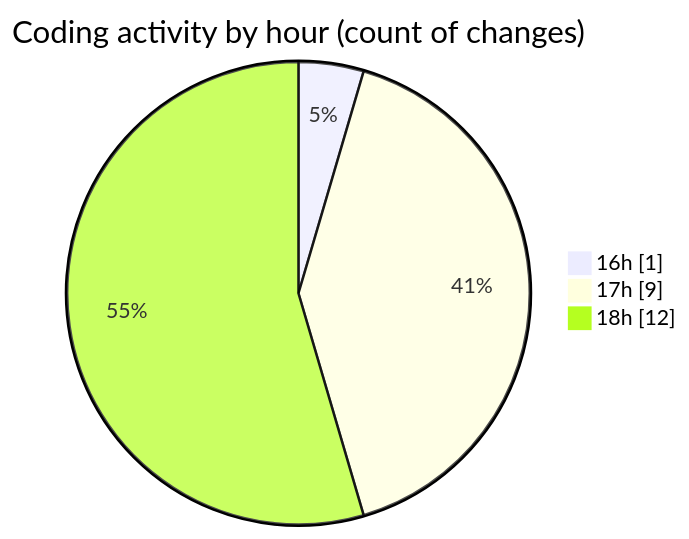
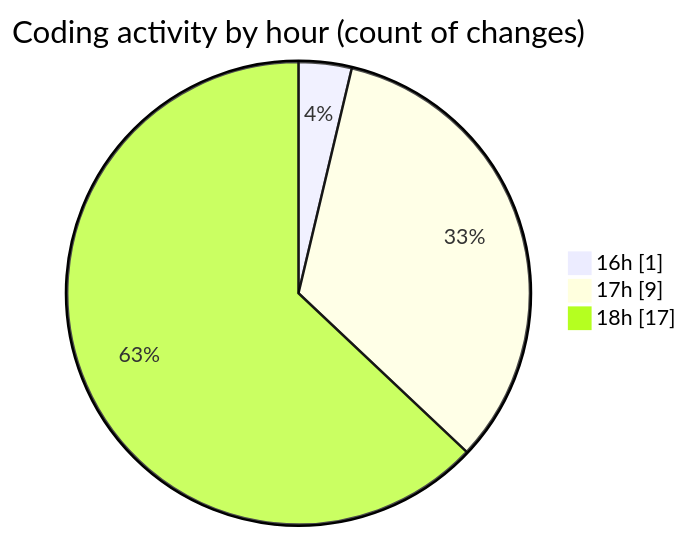
Before and after one commit to nxtqubesakshisongat/code-tracking: the second of 2 diagrams in 2025-09-16/nxtqube_webapp/README.md, drawn with Mermaid. The commit also changed other lines of this file and 1 other file, not shown here.

````diff
--- a/2025-09-16/nxtqube_webapp/README.md
+++ b/2025-09-16/nxtqube_webapp/README.md
@@ -28,7 +28,7 @@
 ```mermaid
 pie showData
 title Coding activity by hour (count of changes)
 "16h" : 1
 "17h" : 9
-"18h" : 12
+"18h" : 17
 ```
````
